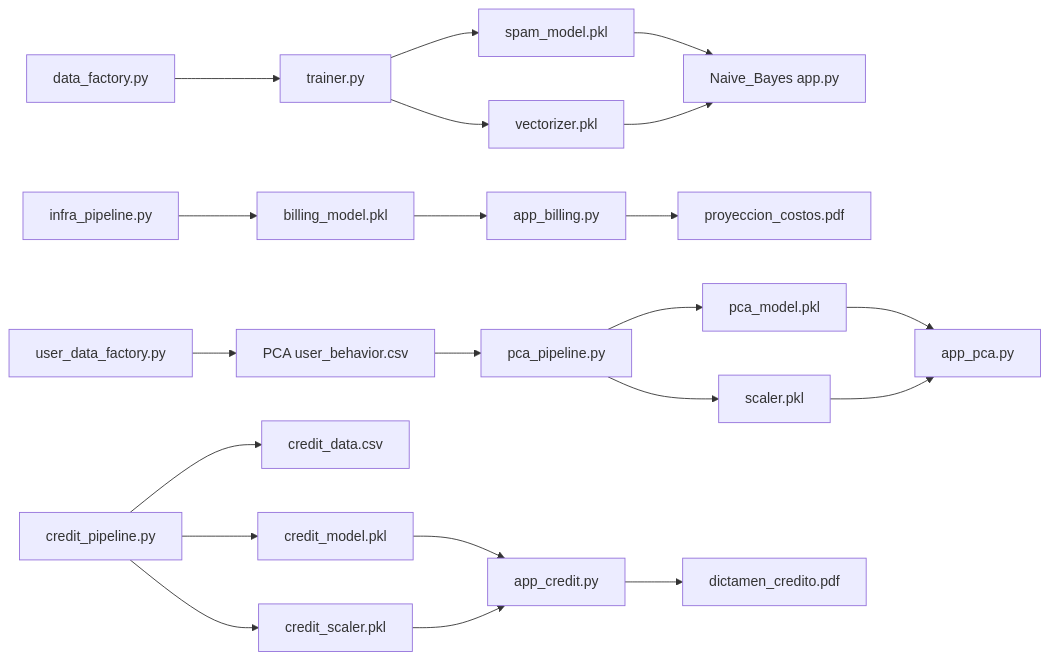
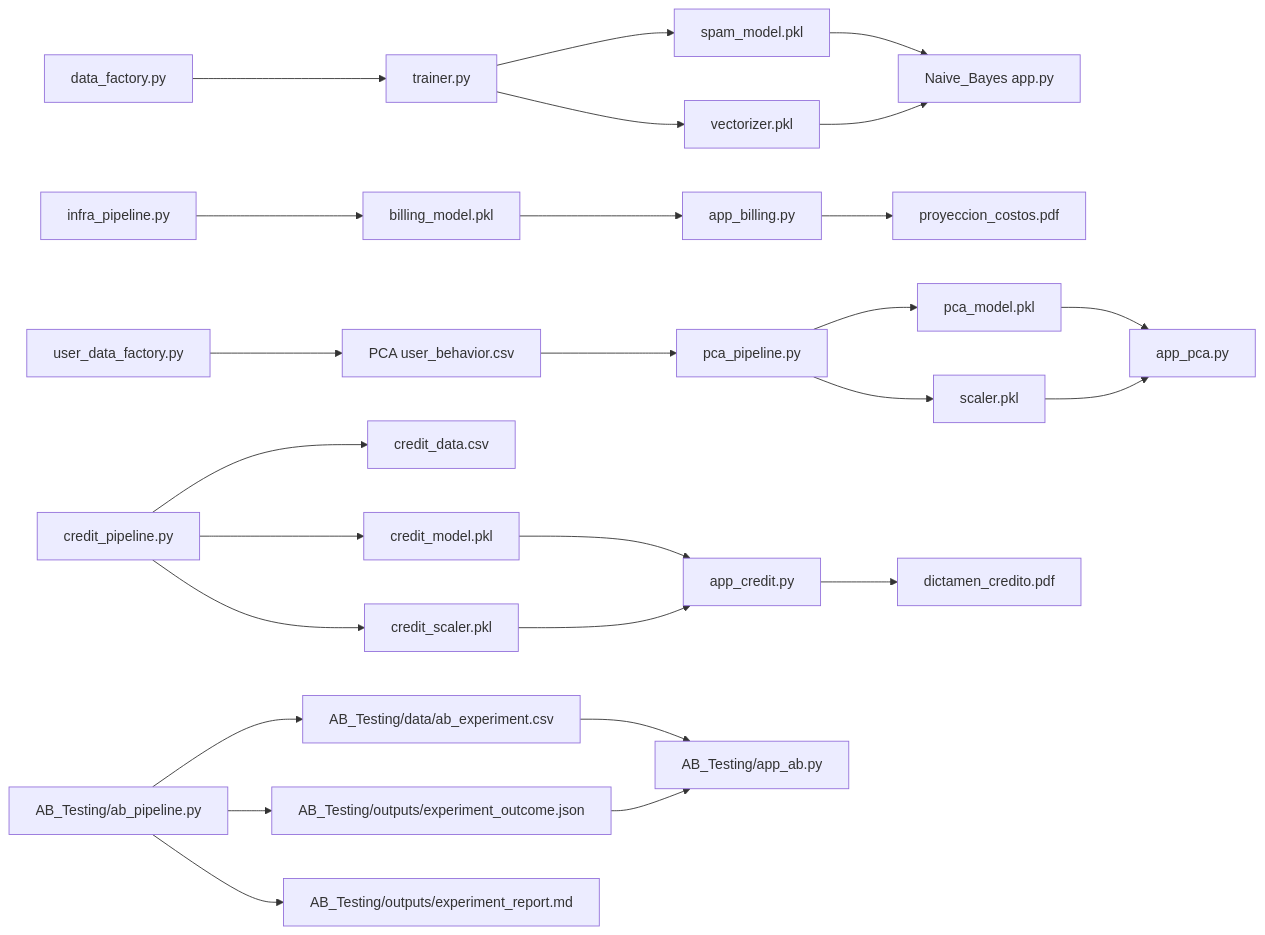
One commit to 0332241033-bit/Stadistics_Machine_Learning changed the diagram in docs/API_REFERENCE.md. Above: the diagram before and after it, drawn with Mermaid. The commit also changed other lines of this file and 30 other files, not shown here.

````diff
--- a/docs/API_REFERENCE.md
+++ b/docs/API_REFERENCE.md
@@ -115,26 +115,32 @@
 ```mermaid
 flowchart LR
     DF[data_factory.py] --> T[trainer.py]
     T --> M[spam_model.pkl]
     T --> V[vectorizer.pkl]
     M --> NBAPP[Naive_Bayes app.py]
     V --> NBAPP
 
     INFRA[infra_pipeline.py] --> BILL[billing_model.pkl]
     BILL --> LRAPP[app_billing.py]
     LRAPP --> PDF[proyeccion_costos.pdf]
 
     UDF[user_data_factory.py] --> UP[PCA user_behavior.csv]
     UP --> PP[pca_pipeline.py]
     PP --> SC[scaler.pkl]
     PP --> PM[pca_model.pkl]
     PM --> PAPP[app_pca.py]
     SC --> PAPP
 
     CP[credit_pipeline.py] --> CD[credit_data.csv]
     CP --> CM[credit_model.pkl]
     CP --> CS[credit_scaler.pkl]
     CM --> LGAPP[app_credit.py]
     CS --> LGAPP
     LGAPP --> CPDF[dictamen_credito.pdf]
+
+    ABP[AB_Testing/ab_pipeline.py] --> ABD[AB_Testing/data/ab_experiment.csv]
+    ABP --> ABO[AB_Testing/outputs/experiment_outcome.json]
+    ABP --> ABR[AB_Testing/outputs/experiment_report.md]
+    ABD --> ABA[AB_Testing/app_ab.py]
+    ABO --> ABA
 ```
````
